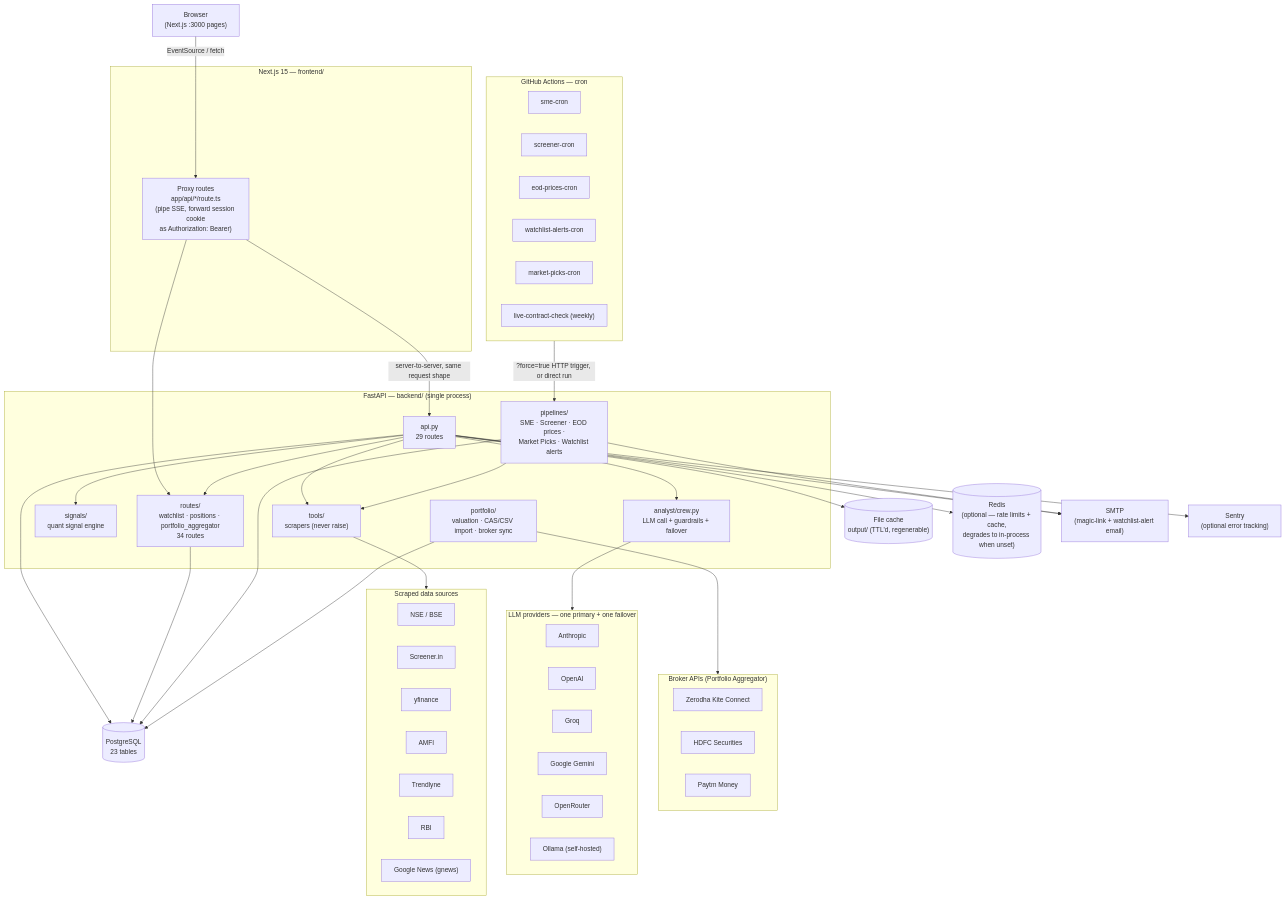
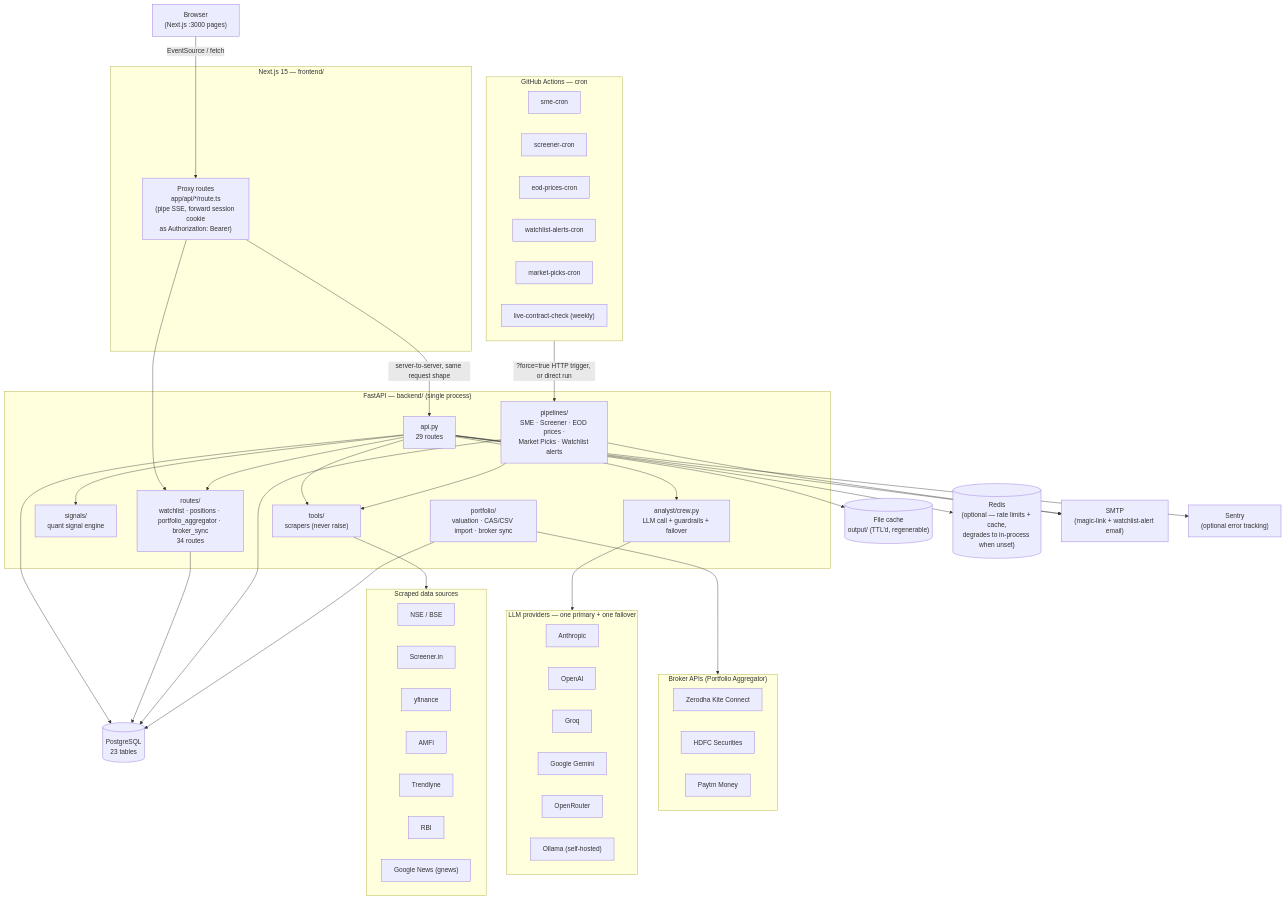
The first of 2 diagrams in docs/architecture.md (luckyrjain/stock-research), drawn with Mermaid before and after one commit. The commit also changed other lines of this file and 2 other files, not shown here.

First line of the commit message:
docs: add routes/broker_sync.py to repo-level route-module docs

````diff
--- a/docs/architecture.md
+++ b/docs/architecture.md
@@ -45,81 +45,81 @@
 ```mermaid
 graph TB
     Browser["Browser<br/>(Next.js :3000 pages)"]
 
     subgraph FE["Next.js 15 — frontend/"]
         Proxy["Proxy routes<br/>app/api/*/route.ts<br/>(pipe SSE, forward session cookie<br/>as Authorization: Bearer)"]
     end
 
     subgraph BE["FastAPI — backend/ (single process)"]
         API["api.py<br/>29 routes"]
-        Routes["routes/<br/>watchlist · positions · portfolio_aggregator<br/>34 routes"]
+        Routes["routes/<br/>watchlist · positions · portfolio_aggregator · broker_sync<br/>34 routes"]
         Signals["signals/<br/>quant signal engine"]
         Analyst["analyst/crew.py<br/>LLM call + guardrails + failover"]
         Tools["tools/<br/>scrapers (never raise)"]
         Pipelines["pipelines/<br/>SME · Screener · EOD prices ·<br/>Market Picks · Watchlist alerts"]
         Portfolio["portfolio/<br/>valuation · CAS/CSV import · broker sync"]
     end
 
     FileCache[("File cache<br/>output/ (TTL'd, regenerable)")]
     PG[("PostgreSQL<br/>23 tables")]
     Redis[("Redis<br/>(optional — rate limits + cache,<br/>degrades to in-process when unset)")]
 
     subgraph Ext["Scraped data sources"]
         NSE["NSE / BSE"]
         Screener["Screener.in"]
         YF["yfinance"]
         AMFI["AMFI"]
         Trendlyne["Trendlyne"]
         RBI["RBI"]
         GNews["Google News (gnews)"]
     end
 
     subgraph LLM["LLM providers — one primary + one failover"]
         Anthropic["Anthropic"]
         OpenAI["OpenAI"]
         Groq["Groq"]
         Gemini["Google Gemini"]
         OpenRouter["OpenRouter"]
         Ollama["Ollama (self-hosted)"]
     end
 
     subgraph Brokers["Broker APIs (Portfolio Aggregator)"]
         Kite["Zerodha Kite Connect"]
         HDFC["HDFC Securities"]
         PaytmM["Paytm Money"]
     end
 
     subgraph Cron["GitHub Actions — cron"]
         SmeCron["sme-cron"]
         ScreenerCron["screener-cron"]
         EodCron["eod-prices-cron"]
         AlertsCron["watchlist-alerts-cron"]
         PicksCron["market-picks-cron"]
         LiveCheck["live-contract-check (weekly)"]
     end
 
     SMTP["SMTP<br/>(magic-link + watchlist-alert email)"]
     Sentry["Sentry<br/>(optional error tracking)"]
 
     Browser -- "EventSource / fetch" --> Proxy
     Proxy -- "server-to-server, same request shape" --> API
     Proxy --> Routes
     API --> Routes
     API --> Tools
     API --> Signals
     API --> Analyst
     Tools --> Ext
     Analyst --> LLM
     API --> FileCache
     API --> PG
     API --> Redis
     Routes --> PG
     Pipelines --> PG
     Pipelines --> Tools
     Portfolio --> Brokers
     Portfolio --> PG
     Cron -- "?force=true HTTP trigger, or direct run" --> Pipelines
     API --> SMTP
     Pipelines --> SMTP
     API --> Sentry
 ```
````
